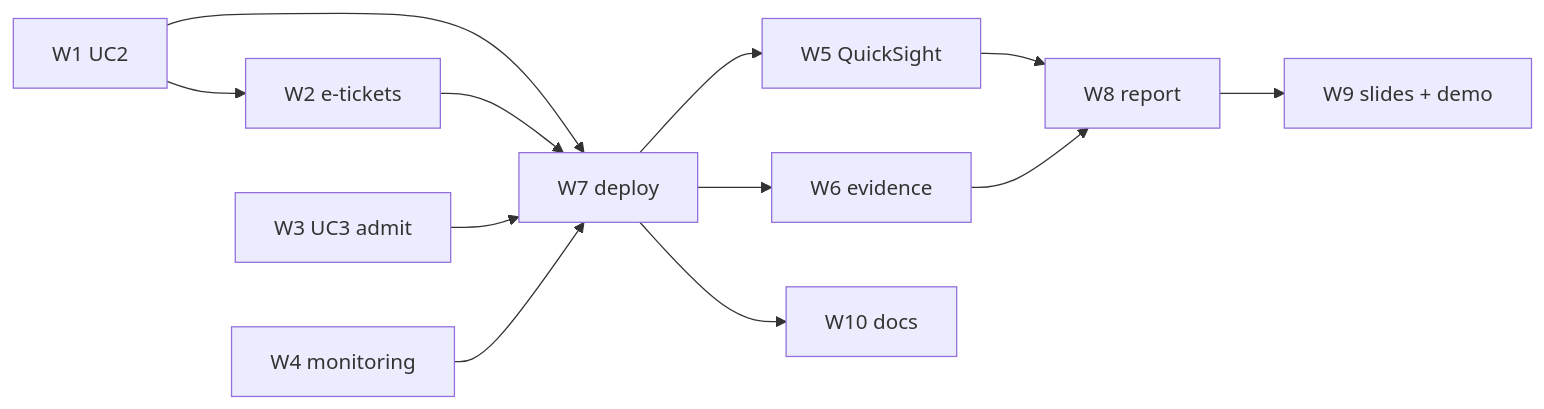
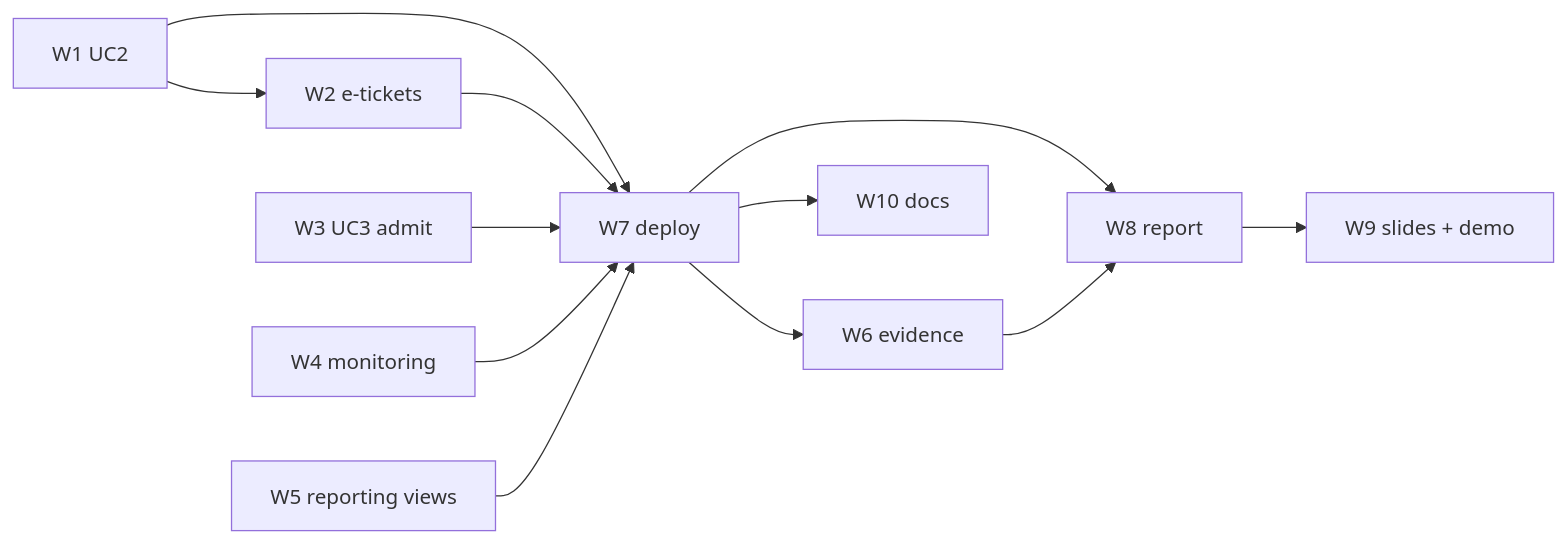
Before and after one commit to tayelroy/TicketMastery: the diagram in docs/plans/final-submission.md, drawn with Mermaid. The commit also changed other lines of this file, not shown here.

Commit message:
docs: plan deadline, contact email, reporting design-only

````diff
--- a/docs/plans/final-submission.md
+++ b/docs/plans/final-submission.md
@@ -63,14 +64,14 @@
 ```mermaid
 flowchart LR
   W1[W1 UC2] --> W2[W2 e-tickets]
   W1 --> W7
   W2 --> W7[W7 deploy]
   W3[W3 UC3 admit] --> W7
   W4[W4 monitoring] --> W7
-  W7 --> W5[W5 QuickSight]
+  W5[W5 reporting views] --> W7
   W7 --> W6[W6 evidence]
-  W5 --> W8[W8 report]
+  W7 --> W8[W8 report]
   W6 --> W8
   W8 --> W9[W9 slides + demo]
   W7 --> W10[W10 docs]
 ```
````
